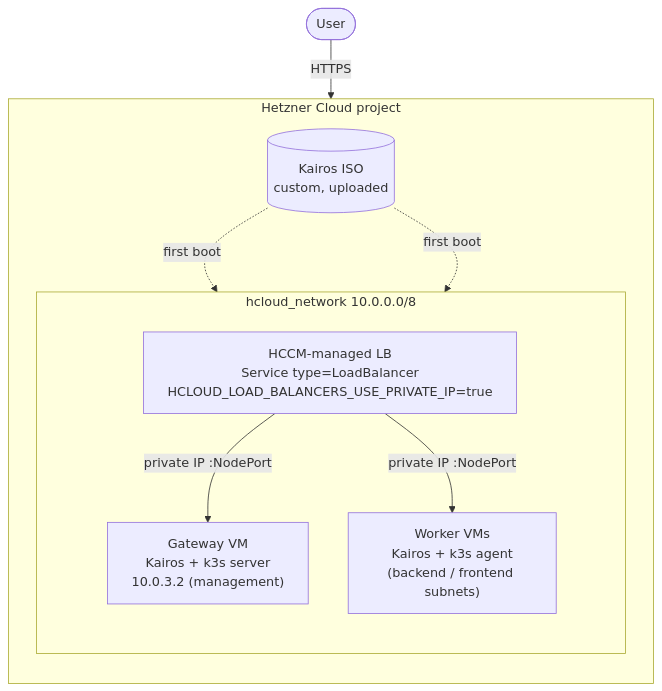
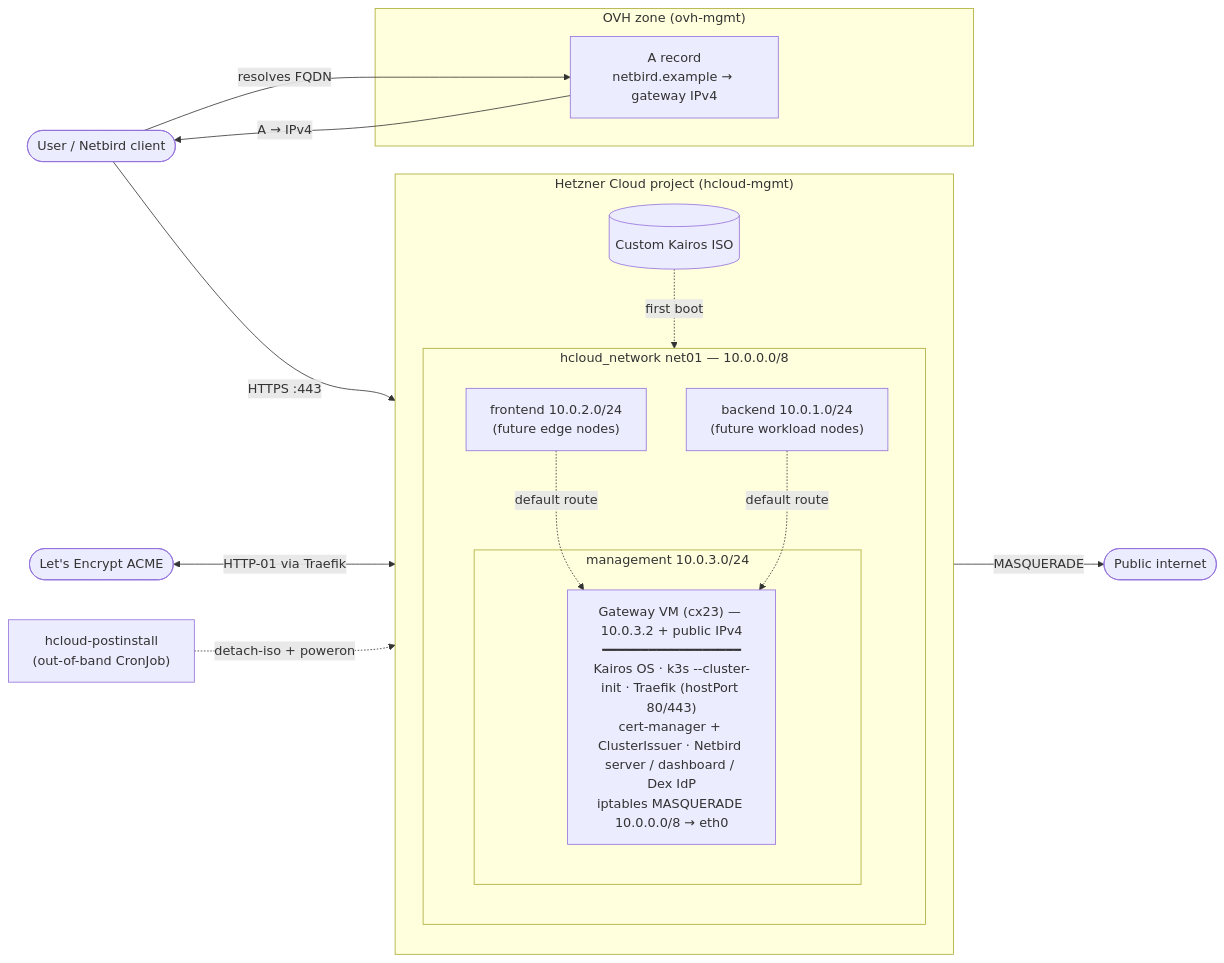
The diagram in README.md (ocalzi/hcloud-kairos-platform), drawn with Mermaid before and after one commit. The commit also changed other lines of this file, not shown here.

Commit message:
docs: redraw architecture mermaid to match actual showcase goal
The previous diagram inherited the HCCM-LB framing from the LB-module
removal commit, which is misleading for the current showcase. There is
no HCCM-managed LB in this setup at all — Traefik binds hostPort 80/443
directly on the gateway's public IPv4. cert-manager solves HTTP-01 over
that same port, and the gateway also wears the NAT-default-route hat
for the (still empty) frontend/backend subnets.

New diagram shows what the code actually deploys:
- OVH DNS A record (ovh-mgmt) -> gateway public IPv4
- User -> HTTPS :443 -> Traefik on the gateway
- ACME loop between Let's Encrypt and Traefik
- Single Kairos VM hosting k3s + Traefik + cert-manager + Netbird
- iptables MASQUERADE for the private CIDR
- hcloud-postinstall as the out-of-band ISO-detach helper
- Future worker subnets shown as NAT-routed via the gateway

````diff
--- a/README.md
+++ b/README.md
@@ -32,23 +32,41 @@
 ```mermaid
-flowchart TB
-  User([User])
+flowchart LR
+  User([User / Netbird client])
+  LE([Let's Encrypt ACME])
+  Internet([Public internet])
 
-  subgraph Hetzner["Hetzner Cloud project"]
+  subgraph OVH["OVH zone (ovh-mgmt)"]
+    DNS["A record<br/>netbird.example → gateway IPv4"]
+  end
+
+  subgraph Hetzner["Hetzner Cloud project (hcloud-mgmt)"]
     direction TB
 
-    subgraph Net["hcloud_network 10.0.0.0/8"]
+    ISO[("Custom Kairos ISO")]
+
+    subgraph Net["hcloud_network net01 — 10.0.0.0/8"]
       direction TB
-      Gateway["Gateway VM<br/>Kairos + k3s server<br/>10.0.3.2 (management)"]
-      Workers["Worker VMs<br/>Kairos + k3s agent<br/>(backend / frontend subnets)"]
-      AppLB["HCCM-managed LB<br/>Service type=LoadBalancer<br/>HCLOUD_LOAD_BALANCERS_USE_PRIVATE_IP=true"]
+
+      subgraph Mgmt["management 10.0.3.0/24"]
+        Gateway["Gateway VM (cx23) — 10.0.3.2 + public IPv4<br/>━━━━━━━━━━━━━━━━━━<br/>Kairos OS · k3s --cluster-init · Traefik (hostPort 80/443)<br/>cert-manager + ClusterIssuer · Netbird server / dashboard / Dex IdP<br/>iptables MASQUERADE 10.0.0.0/8 → eth0"]
+      end
+
+      Front["frontend 10.0.2.0/24<br/>(future edge nodes)"]
+      Back["backend 10.0.1.0/24<br/>(future workload nodes)"]
     end
-
-    ISO[("Kairos ISO<br/>custom, uploaded")]
   end
 
-  User -->|HTTPS| AppLB
-  AppLB -->|private IP :NodePort| Gateway
-  AppLB -->|private IP :NodePort| Workers
-  ISO -.first boot.-> Gateway
-  ISO -.first boot.-> Workers
+  Postinstall["hcloud-postinstall<br/>(out-of-band CronJob)"]
+
+  User -->|resolves FQDN| DNS
+  DNS -->|A → IPv4| User
+  User -->|HTTPS :443| Gateway
+  LE <-->|HTTP-01 via Traefik| Gateway
+
+  ISO -. first boot .-> Gateway
+  Postinstall -. detach-iso + poweron .-> Gateway
+
+  Front -. default route .-> Gateway
+  Back  -. default route .-> Gateway
+  Gateway -->|MASQUERADE| Internet
 ```
````
